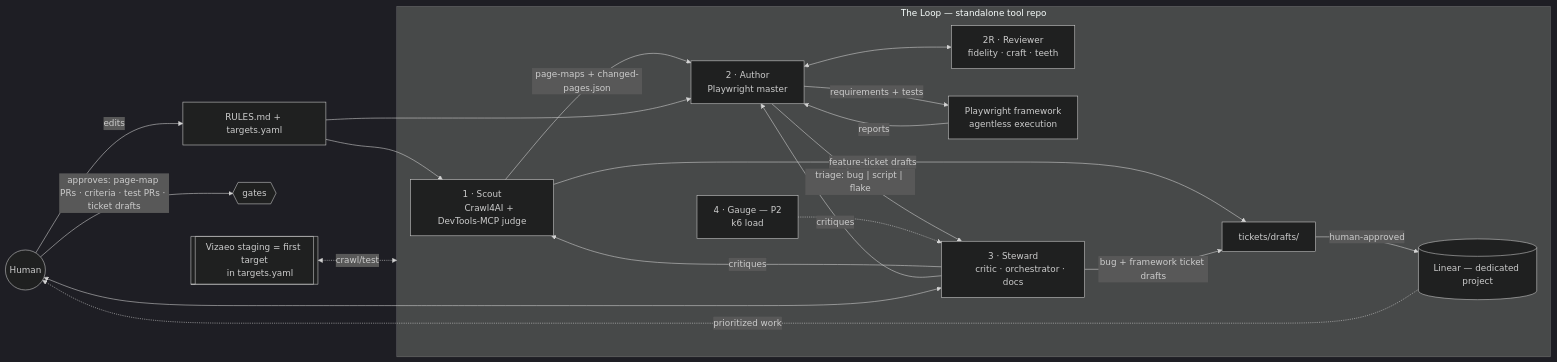
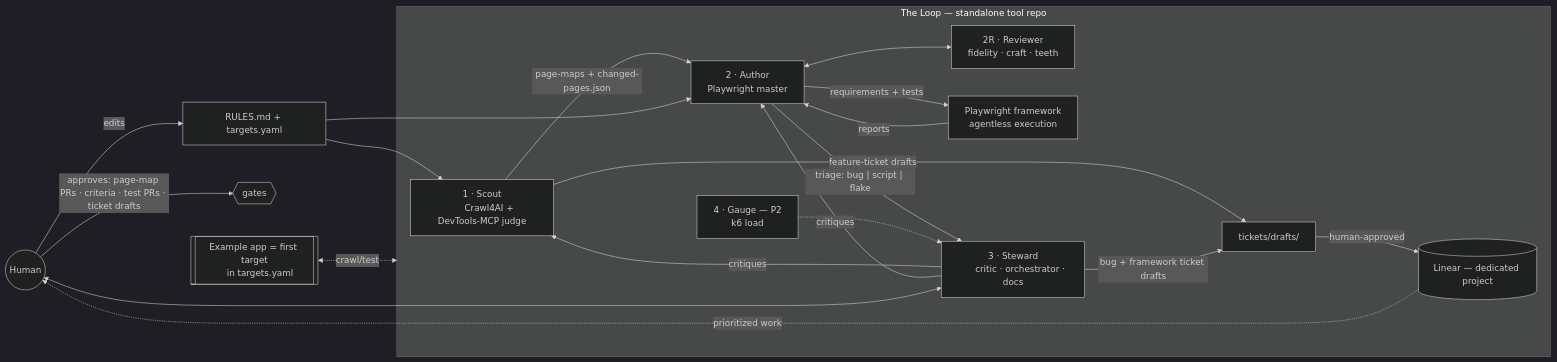
The fourth of 4 diagrams in docs/spec.md (andrewjhunsaker/testah), drawn with Mermaid (dark theme) before and after one commit. The commit also changed other lines of this file and 7 other files, not shown here.

````diff
--- a/docs/spec.md
+++ b/docs/spec.md
@@ -334,32 +333,32 @@
 ```mermaid
 flowchart LR
     H((Human)) -- edits --> R[RULES.md + targets.yaml]
     H -- approves: page-map PRs · criteria · test PRs · ticket drafts --> GATES{{gates}}
 
     subgraph LOOP[The Loop — standalone tool repo]
       A1[1 · Scout
       Crawl4AI + DevTools-MCP judge] -- page-maps + changed-pages.json --> A2[2 · Author
       Playwright master]
       A2 <--> REV[2R · Reviewer
       fidelity · craft · teeth]
       A2 -- requirements + tests --> FW[Playwright framework
       agentless execution]
       FW -- reports --> A2
       A2 -- triage: bug | script | flake --> A3[3 · Steward
       critic · orchestrator · docs]
       A1 -- feature-ticket drafts --> TQ[tickets/drafts/]
       A3 -- bug + framework ticket drafts --> TQ
       TQ -- human-approved --> LIN[(Linear — dedicated project)]
       A3 -- critiques --> A1
       A3 -- critiques --> A2
       G4[4 · Gauge — P2
       k6 load] -.-> A3
     end
 
     A3 <---> H
     R --> A1
     R --> A2
     LIN -.prioritized work.-> H
-    VIZ[[Vizaeo staging = first target
+    APP[[Example app = first target
     in targets.yaml]] <-.crawl/test.-> LOOP
 ```
````
